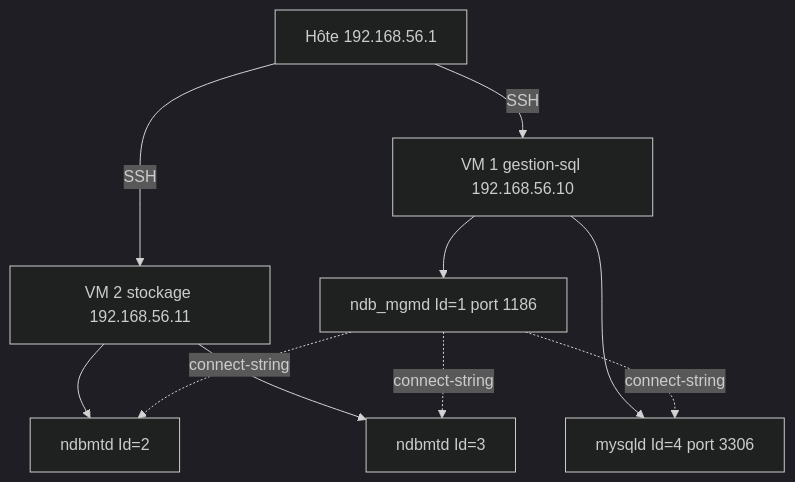
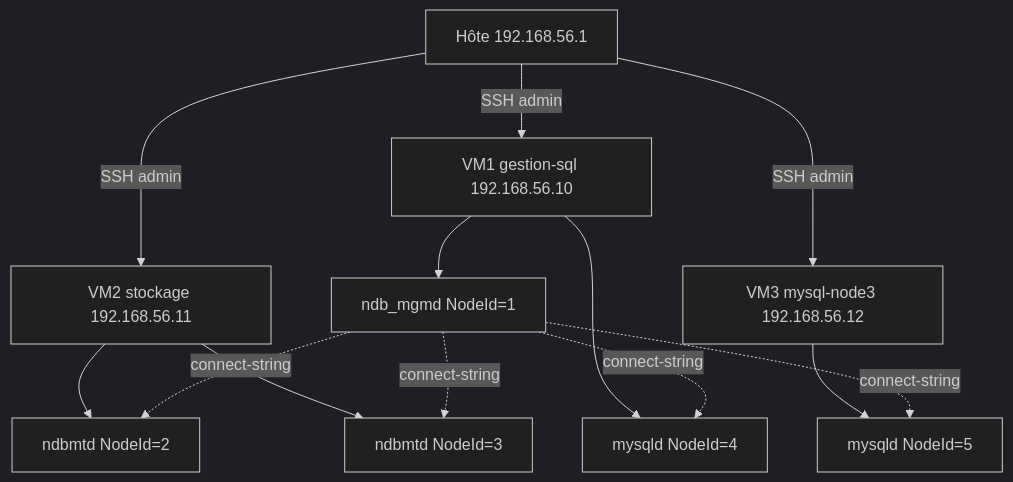
The first of 2 diagrams in chapitre-01.md (yugmerabtene/mysql-public), drawn with Mermaid (dark theme) before and after one commit. The commit also changed other lines of this file and 5 other files, not shown here.

````diff
--- a/chapitre-01.md
+++ b/chapitre-01.md
@@ -52,12 +58,15 @@
 ```mermaid
 graph TD
-    H[Hôte 192.168.56.1] -->|SSH| G[VM 1 gestion-sql 192.168.56.10]
-    H -->|SSH| S[VM 2 stockage 192.168.56.11]
-    G --> MGM[ndb_mgmd Id=1 port 1186]
-    G --> SQL[mysqld Id=4 port 3306]
-    S --> ND1[ndbmtd Id=2]
-    S --> ND2[ndbmtd Id=3]
-    MGM -.->|connect-string| ND1
+    H[Hôte 192.168.56.1] -->|SSH admin| G[VM1 gestion-sql 192.168.56.10]
+    H -->|SSH admin| S[VM2 stockage 192.168.56.11]
+    H -->|SSH admin| T[VM3 mysql-node3 192.168.56.12]
+    G --> MGM[ndb_mgmd NodeId=1]
+    G --> SQL1[mysqld NodeId=4]
+    S --> ND2[ndbmtd NodeId=2]
+    S --> ND3[ndbmtd NodeId=3]
+    T --> SQL2[mysqld NodeId=5]
     MGM -.->|connect-string| ND2
-    MGM -.->|connect-string| SQL
+    MGM -.->|connect-string| ND3
+    MGM -.->|connect-string| SQL1
+    MGM -.->|connect-string| SQL2
 ```
````
